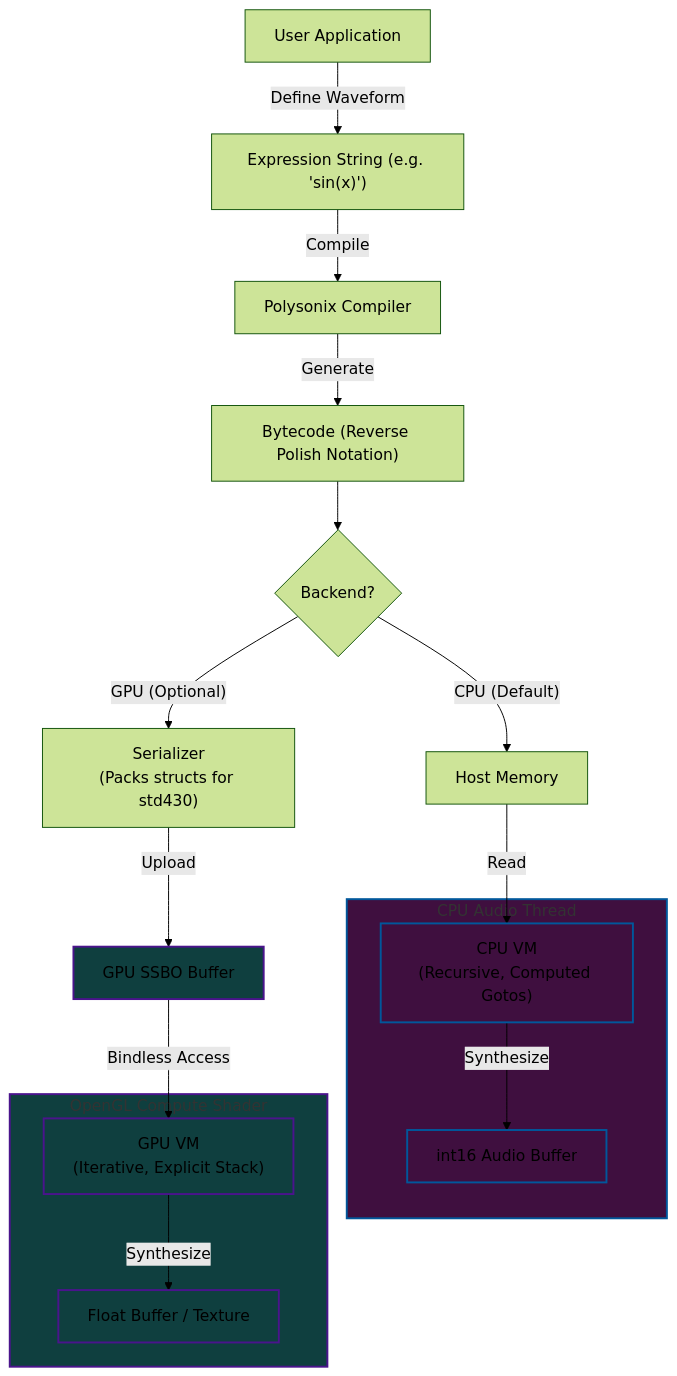
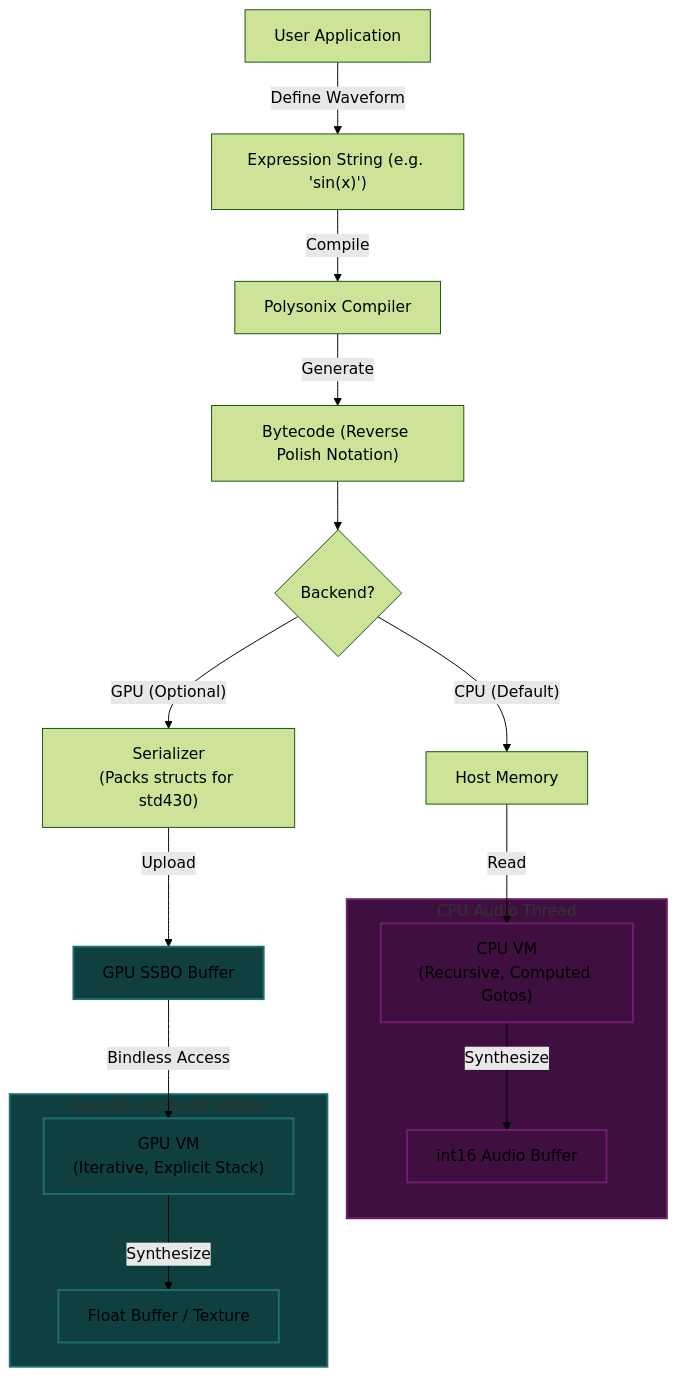
The diagram in README.md (jmorel33/polysonix), drawn with Mermaid (forest theme) before and after one commit.

Commit message:
Update class definition styles in README.md

````diff
--- a/README.md
+++ b/README.md
@@ -62,31 +62,31 @@
 ```mermaid
 flowchart TD
     %% Common Frontend
     App[User Application] -->|Define Waveform| Expr["Expression String (e.g. 'sin(x)')"]
     Expr -->|Compile| Compiler[Polysonix Compiler]
     Compiler -->|Generate| Bytecode["Bytecode (Reverse Polish Notation)"]
 
     %% Split
     Bytecode --> Decision{Backend?}
 
     %% CPU Path
     Decision -->|"CPU (Default)"| CPU_Mem[Host Memory]
     CPU_Mem -->|Read| CPU_VM["CPU VM\n(Recursive, Computed Gotos)"]
     subgraph CPU_Execution [CPU Audio Thread]
         CPU_VM -->|Synthesize| CPU_Out[int16 Audio Buffer]
     end
 
     %% GPU Path
     Decision -->|"GPU (Optional)"| Serializer["Serializer\n(Packs structs for std430)"]
     Serializer -->|Upload| SSBO[GPU SSBO Buffer]
     SSBO -->|Bindless Access| GPU_VM["GPU VM\n(Iterative, Explicit Stack)"]
     subgraph GPU_Execution [OpenGL Compute Shader]
         GPU_VM -->|Synthesize| GPU_Out[Float Buffer / Texture]
     end
 
     %% Comparison styling
-    classDef cpu fill:#3f0f3f,stroke:#01579b,stroke-width:2px;
-    classDef gpu fill:#0f3f3f,stroke:#4a148c,stroke-width:2px;
+    classDef cpu fill:#3f0f3f,stroke:#6f1f6f,stroke-width:2px;
+    classDef gpu fill:#0f3f3f,stroke:#1f6f6f,stroke-width:2px;
     class CPU_VM,CPU_Execution,CPU_Out cpu;
     class GPU_VM,GPU_Execution,GPU_Out,SSBO gpu;
 ```
````
